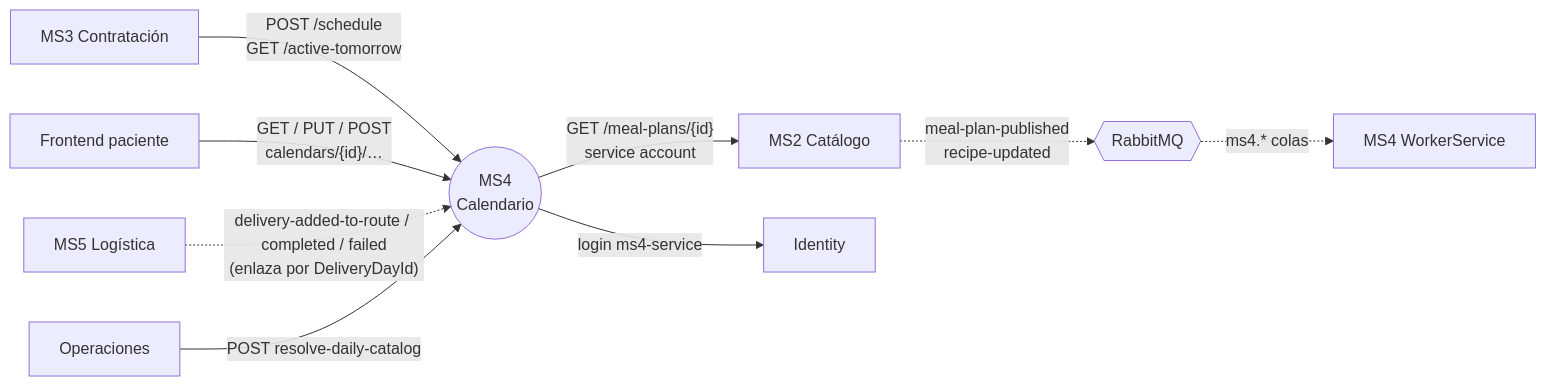
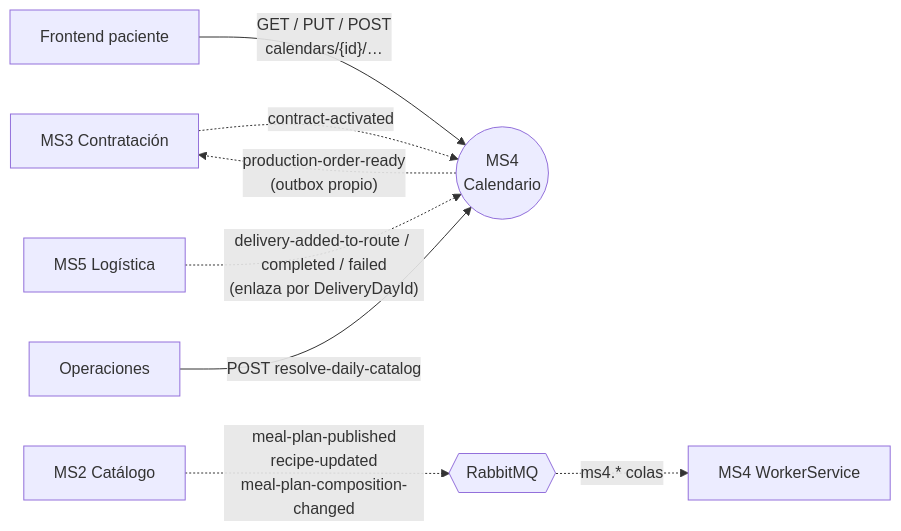
Before and after one commit to Nur-tricenter/knowledge: the diagram in services/ms4-delivery-calendar/README.md, drawn with Mermaid. The commit also changed other lines of this file and 43 other files, not shown here.

````diff
--- a/services/ms4-delivery-calendar/README.md
+++ b/services/ms4-delivery-calendar/README.md
@@ -36,11 +35,10 @@
 ```mermaid
 flowchart LR
-  MS3[MS3 Contratación] -- "POST /schedule<br/>GET /active-tomorrow" --> MS4((MS4<br/>Calendario))
+  MS3[MS3 Contratación] -. "contract-activated" .-> MS4((MS4<br/>Calendario))
+  MS4 -. "production-order-ready<br/>(outbox propio)" .-> MS3
   FE[Frontend paciente] -- "GET / PUT / POST<br/>calendars/{id}/…" --> MS4
   MS5[MS5 Logística] -. "delivery-added-to-route / completed / failed<br/>(enlaza por DeliveryDayId)" .-> MS4
   OPS[Operaciones] -- "POST resolve-daily-catalog" --> MS4
-  MS4 -- "GET /meal-plans/{id}<br/>service account" --> MS2[MS2 Catálogo]
-  MS4 -- "login ms4-service" --> ID[Identity]
-  MS2 -. "meal-plan-published<br/>recipe-updated" .-> MQ{{RabbitMQ}}
+  MS2[MS2 Catálogo] -. "meal-plan-published<br/>recipe-updated<br/>meal-plan-composition-changed" .-> MQ{{RabbitMQ}}
   MQ -. "ms4.* colas" .-> W[MS4 WorkerService]
 ```
````
